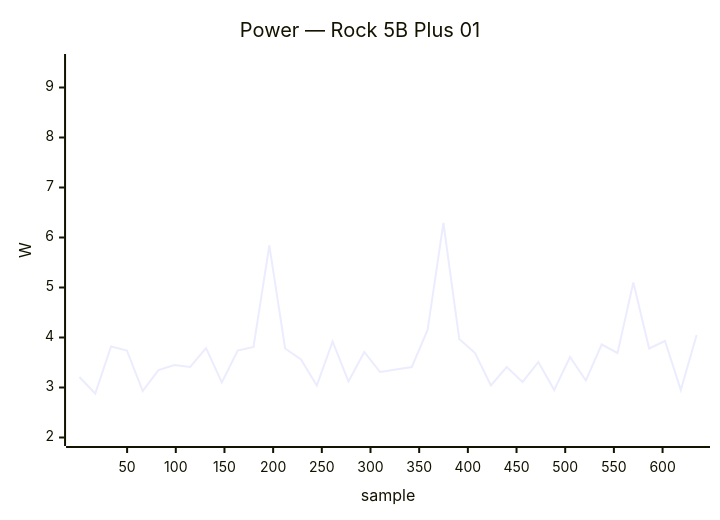
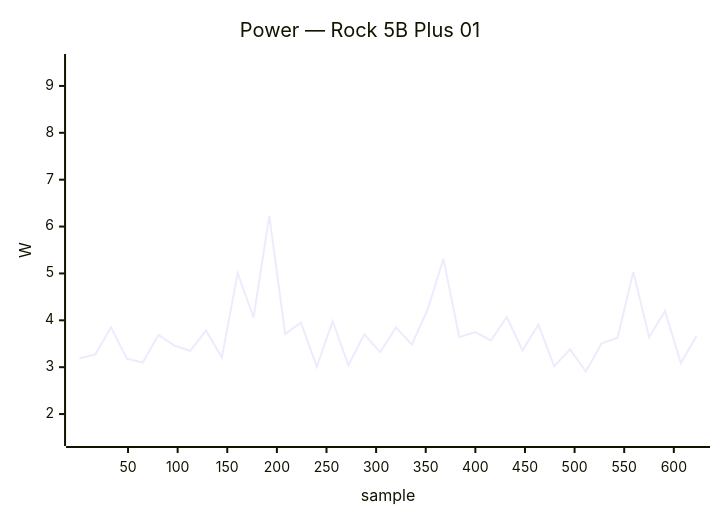
Before and after one commit to armbian/documentation: the fifth of 34 diagrams in docs/status/board-tests.md, drawn with Mermaid. The commit also changed other lines of this file, not shown here.

````diff
--- a/docs/status/board-tests.md
+++ b/docs/status/board-tests.md
@@ -630,7 +237,7 @@
 ```mermaid
 xychart-beta
     title "Power — Rock 5B Plus 01"
-    x-axis "sample" 1 --> 635
-    y-axis "W" 2.0 --> 9.5
-    line [3.21, 2.88, 3.82, 3.74, 2.93, 3.35, 3.45, 3.41, 3.79, 3.10, 3.74, 3.81, 5.84, 3.78, 3.56, 3.04, 3.92, 3.12, 3.71, 3.31, 3.36, 3.41, 4.15, 6.29, 3.97, 3.69, 3.04, 3.41, 3.11, 3.51, 2.95, 3.61, 3.14, 3.86, 3.69, 5.10, 3.78, 3.93, 2.95, 4.05]
+    x-axis "sample" 1 --> 623
+    y-axis "W" 1.5 --> 9.5
+    line [3.19, 3.27, 3.85, 3.18, 3.10, 3.69, 3.46, 3.35, 3.78, 3.21, 5.01, 4.06, 6.23, 3.71, 3.95, 3.01, 3.98, 3.04, 3.70, 3.32, 3.85, 3.48, 4.23, 5.31, 3.64, 3.75, 3.57, 4.07, 3.36, 3.91, 3.02, 3.38, 2.91, 3.51, 3.63, 5.03, 3.64, 4.20, 3.09, 3.67]
 ```
````
